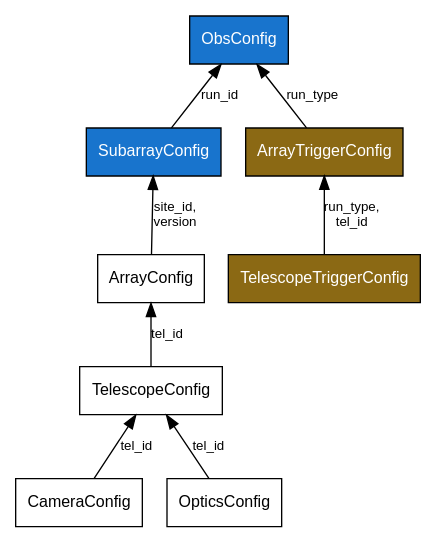
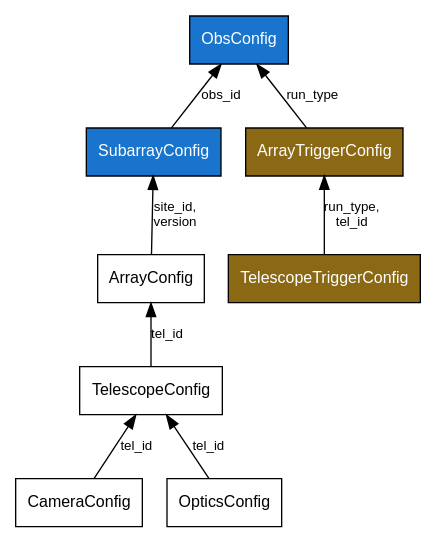
The diagram in docs/instrument/config.dot (cta-observatory/ctapipe), drawn with Graphviz before and after one commit. The commit also changed 8 other files, not shown here.

```diff
--- a/docs/instrument/config.dot
+++ b/docs/instrument/config.dot
@@ -1,23 +1,23 @@
 digraph config {
 
         node [shape=record fontsize=12 fontname="Arial"];
         edge [fontname = "Arial" fontsize = 10 dir=back]
 
 
         ObsConfig [fillcolor=dodgerblue3, fontcolor=white, style=filled]
         SubarrayConfig [fillcolor=dodgerblue3, fontcolor=white, style=filled] 
         ArrayTriggerConfig [fillcolor=goldenrod4,
                             fontcolor=white, style=filled]
         TelescopeTriggerConfig [fillcolor=goldenrod4,
                                 fontcolor=white, style=filled]
 
-        ObsConfig -> SubarrayConfig [label="run_id"];
+        ObsConfig -> SubarrayConfig [label="obs_id"];
         ObsConfig -> ArrayTriggerConfig [label="run_type"];
         ArrayTriggerConfig -> TelescopeTriggerConfig [label="run_type,\ntel_id"];       
         SubarrayConfig -> ArrayConfig [label="site_id,\nversion"]      
         ArrayConfig -> TelescopeConfig [label="tel_id"];
         TelescopeConfig -> CameraConfig [label="tel_id"];
         TelescopeConfig -> OpticsConfig [label="tel_id"];
 
 
 }
```
